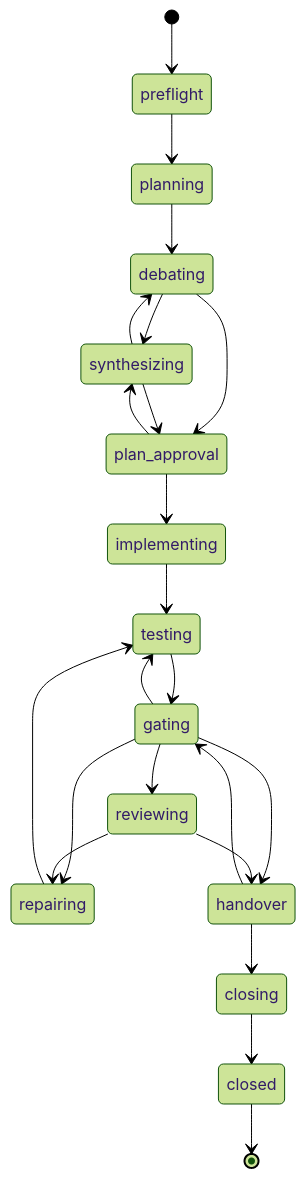
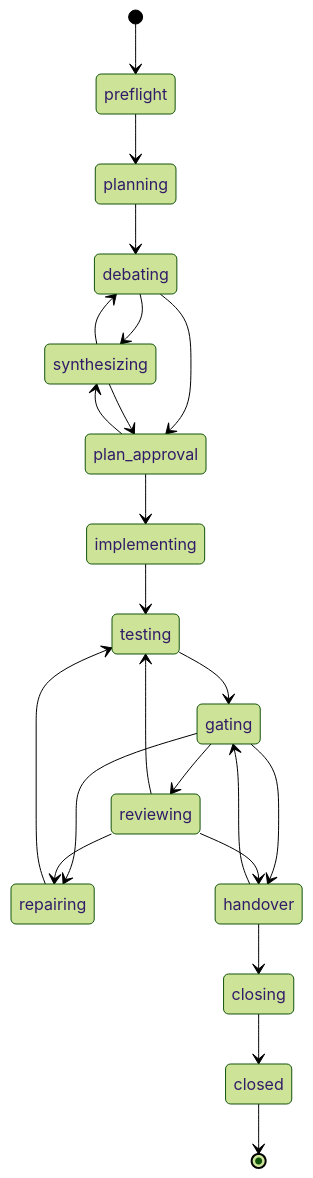
Before and after one commit to NourHayik/Looprch: the diagram in docs/dev/lifecycle-state-machine.md, drawn with Mermaid (forest theme). The commit also changed other lines of this file and 72 other files, not shown here.

````diff
--- a/docs/dev/lifecycle-state-machine.md
+++ b/docs/dev/lifecycle-state-machine.md
@@ -6,25 +6,25 @@
 ```mermaid
 stateDiagram-v2
   [*] --> preflight
   preflight --> planning
   planning --> debating
   debating --> synthesizing
   debating --> plan_approval
   synthesizing --> debating
   synthesizing --> plan_approval
   plan_approval --> synthesizing
   plan_approval --> implementing
   implementing --> testing
   testing --> gating
   gating --> reviewing
   gating --> repairing
-  gating --> testing
   gating --> handover
   repairing --> testing
   reviewing --> handover
   reviewing --> repairing
+  reviewing --> testing
   handover --> closing
   handover --> gating
   closing --> closed
   closed --> [*]
 ```
````
